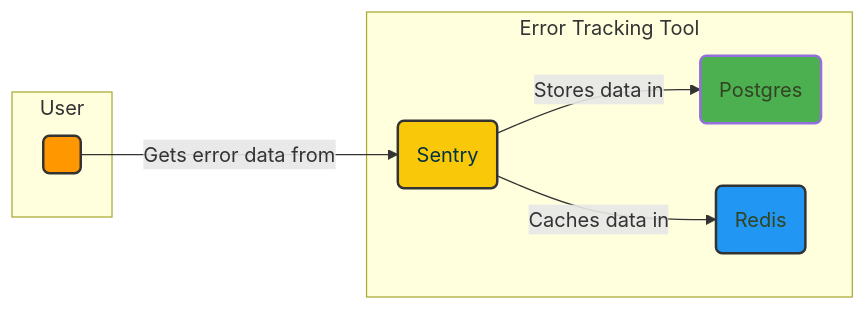
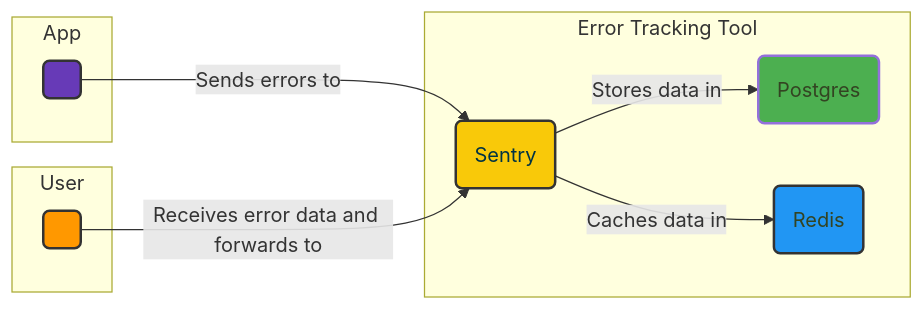
Before and after one commit to maksimmuravev/bunnyshell-all-in-toolset: the diagram in .bunnyshell/templates/sentry-redis-postgresql/README.md, drawn with Mermaid.

Commit message:
Update Sentry-Redis-PostgreSQL README with new graph

````diff
--- a/.bunnyshell/templates/sentry-redis-postgresql/README.md
+++ b/.bunnyshell/templates/sentry-redis-postgresql/README.md
@@ -7,19 +7,23 @@
 ```mermaid
 graph LR
 
   subgraph User
     style A fill:#FF9800,stroke:#333,stroke-width:2px;
     A( )
   end
 
   subgraph Error Tracking Tool
     style B fill:#F9C909,stroke:#333,color:#034,stroke-width:2px;
     B(Sentry) -->|Stores data in| C(Postgres)
     style C fill:#4CAF50,stroke:#xxx,color:#342,stroke-width:2px;
     B -->|Caches data in| D(Redis)
     style D fill:#2196F3,stroke:#333,color:#342,stroke-width:2px;
   end
 
-  A -->|Gets error data from| B
-
+  subgraph App
+    E( )
+    style E fill:#673AB7,stroke:#333,color:#034,stroke-width:2px;
+    E -->|Sends errors to| B
+    A -->|Receives error data and forwards to| B
+  end
 ```
````
